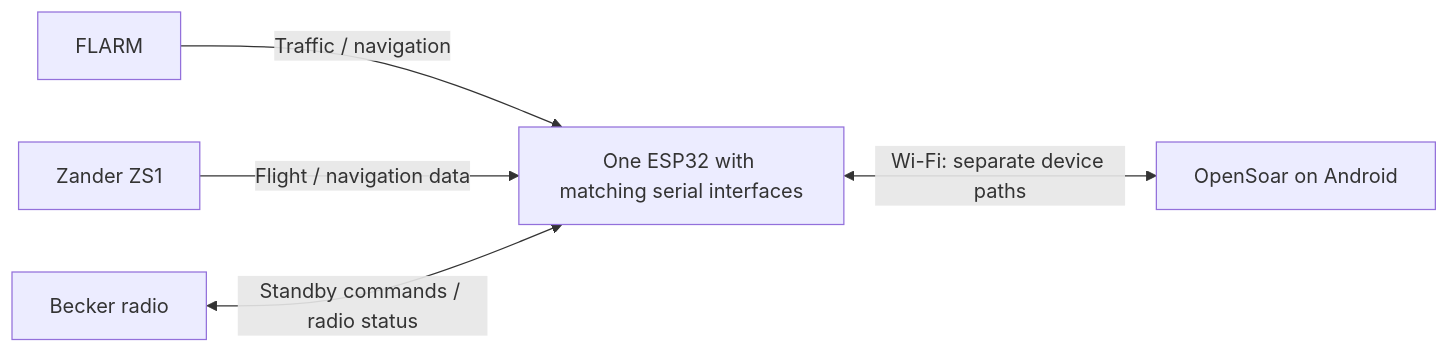
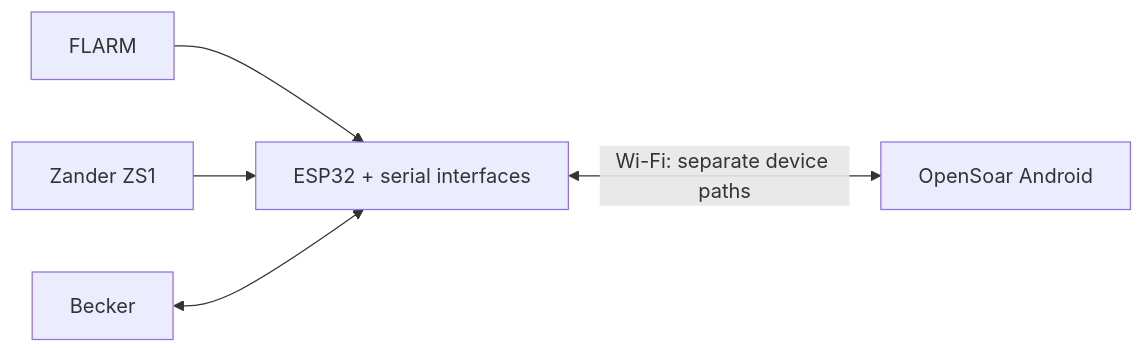
One commit to MomoRC-tech/Becker-AR6201-to-OpenSoar changed the diagram in README.md. Above: the diagram before and after it, drawn with Mermaid. The commit also changed other lines of this file and 11 other files, not shown here.

````diff
--- a/README.md
+++ b/README.md
@@ -17,7 +15,7 @@
 ```mermaid
 flowchart LR
-    F["FLARM"] -->|Traffic / navigation| E
-    Z["Zander ZS1"] -->|Flight / navigation data| E
-    B["Becker radio"] <-->|Standby commands / radio status| E
-    E["One ESP32 with matching serial interfaces"] <-->|Wi-Fi: separate device paths| O["OpenSoar on Android"]
+    F[FLARM] --> E[ESP32 + serial interfaces]
+    Z[Zander ZS1] --> E
+    B[Becker] <--> E
+    E <-->|Wi-Fi: separate device paths| O[OpenSoar Android]
 ```
````
